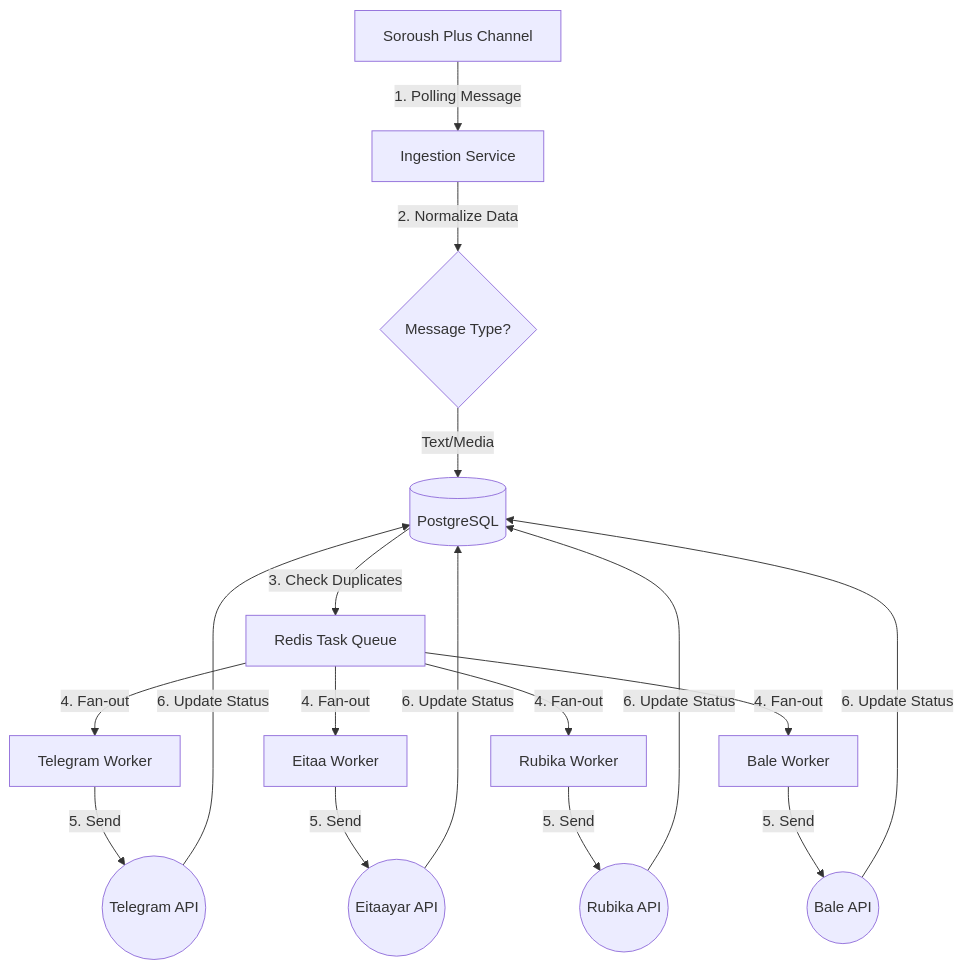
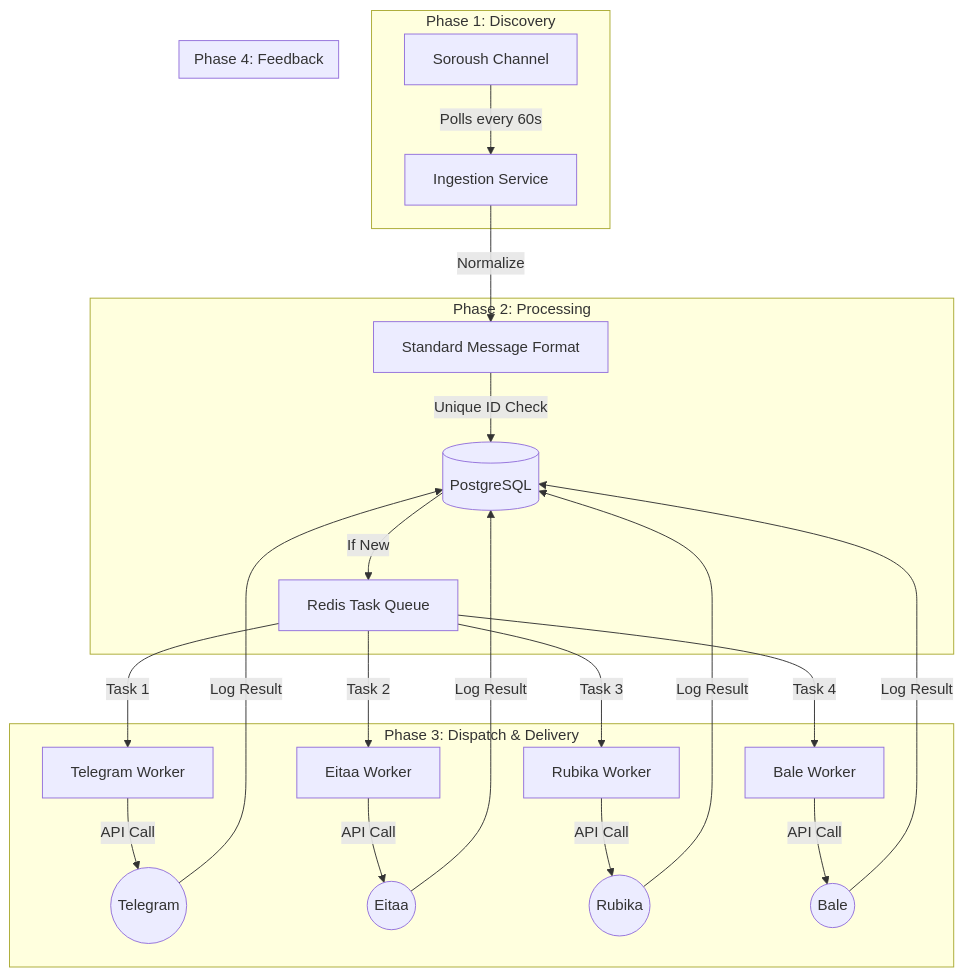
Before and after one commit to miladnasiri2479/robot-sender: the diagram in README.md, drawn with Mermaid. The commit also changed other lines of this file and 1 other file, not shown here.

Commit message:
Refactor README with clearer architecture diagram and step-by-step workflow

````diff
--- a/README.md
+++ b/README.md
@@ -9,19 +10,28 @@
 ```mermaid
 graph TD
-    S[Soroush Plus Channel] -->|1. Polling Message| P[Ingestion Service]
-    P -->|2. Normalize Data| N{Message Type?}
-    N -->|Text/Media| D[(PostgreSQL)]
-    D -->|3. Check Duplicates| Q[Redis Task Queue]
-    
-    Q -->|4. Fan-out| T[Telegram Worker]
-    Q -->|4. Fan-out| E[Eitaa Worker]
-    Q -->|4. Fan-out| R[Rubika Worker]
-    Q -->|4. Fan-out| B[Bale Worker]
-    
-    T -->|5. Send| TG((Telegram API))
-    E -->|5. Send| ET((Eitaayar API))
-    R -->|5. Send| RB((Rubika API))
-    B -->|5. Send| BL((Bale API))
-    
-    TG & ET & RB & BL -->|6. Update Status| D
+    subgraph "Phase 1: Discovery"
+        S[Soroush Channel] -->|Polls every 60s| Ingest[Ingestion Service]
+    end
+
+    subgraph "Phase 2: Processing"
+        Ingest -->|Normalize| Norm[Standard Message Format]
+        Norm -->|Unique ID Check| DB[(PostgreSQL)]
+        DB -->|If New| Queue[Redis Task Queue]
+    end
+
+    subgraph "Phase 3: Dispatch & Delivery"
+        Queue -->|Task 1| TW[Telegram Worker]
+        Queue -->|Task 2| EW[Eitaa Worker]
+        Queue -->|Task 3| RW[Rubika Worker]
+        Queue -->|Task 4| BW[Bale Worker]
+        
+        TW -->|API Call| TG((Telegram))
+        EW -->|API Call| ET((Eitaa))
+        RW -->|API Call| RB((Rubika))
+        BW -->|API Call| BL((Bale))
+    end
+
+    subgraph "Phase 4: Feedback"
+        TG & ET & RB & BL -->|Log Result| DB
+    end
 ```
````
